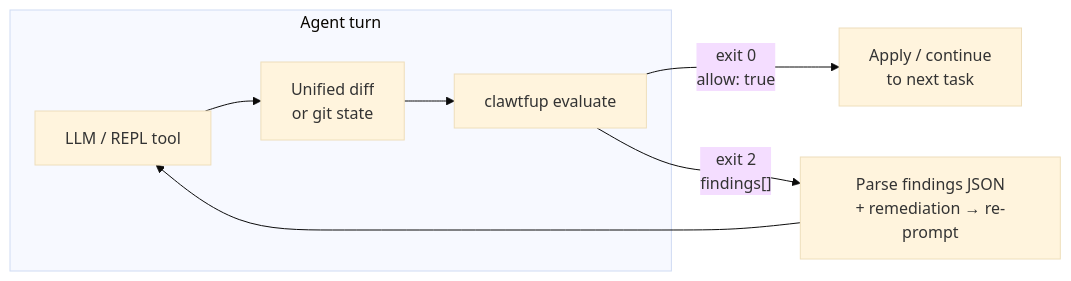
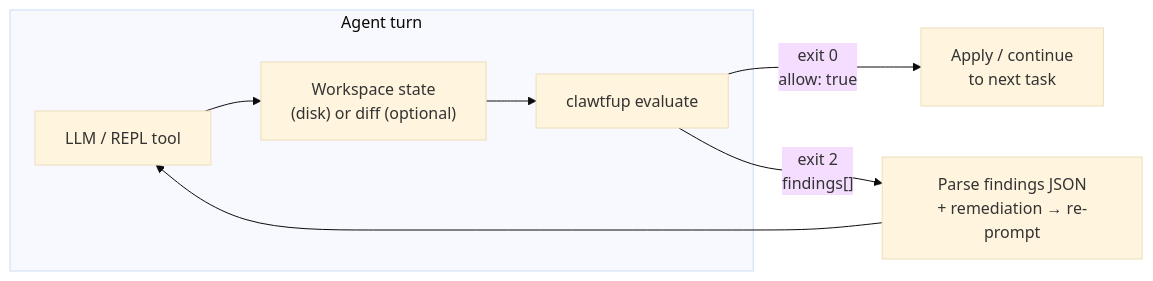
Before and after one commit to egedursun/clawtfup: the diagram in README.md, drawn with Mermaid (base theme). The commit also changed other lines of this file and 20 other files, not shown here.

````diff
--- a/README.md
+++ b/README.md
@@ -49,13 +54,13 @@
 ```mermaid
 flowchart LR
   subgraph turn["Agent turn"]
     LLM["LLM / REPL tool"]
-    Diff["Unified diff\nor git state"]
+    State["Workspace state\n(disk) or diff (optional)"]
     Gate["clawtfup evaluate"]
-    LLM --> Diff
-    Diff --> Gate
+    LLM --> State
+    State --> Gate
   end
   Gate -->|"exit 0\n allow: true"| Ship["Apply / continue\nto next task"]
   Gate -->|"exit 2\n findings[]"| Fix["Parse findings JSON\n+ remediation → re-prompt"]
   Fix --> LLM
 ```
````
